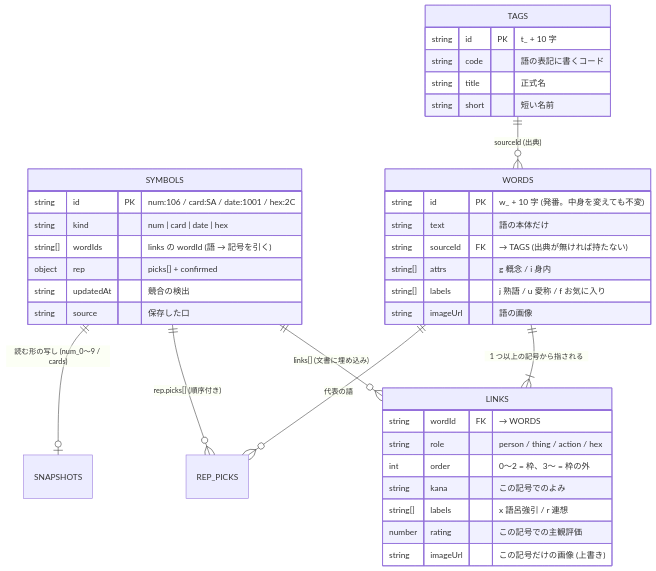
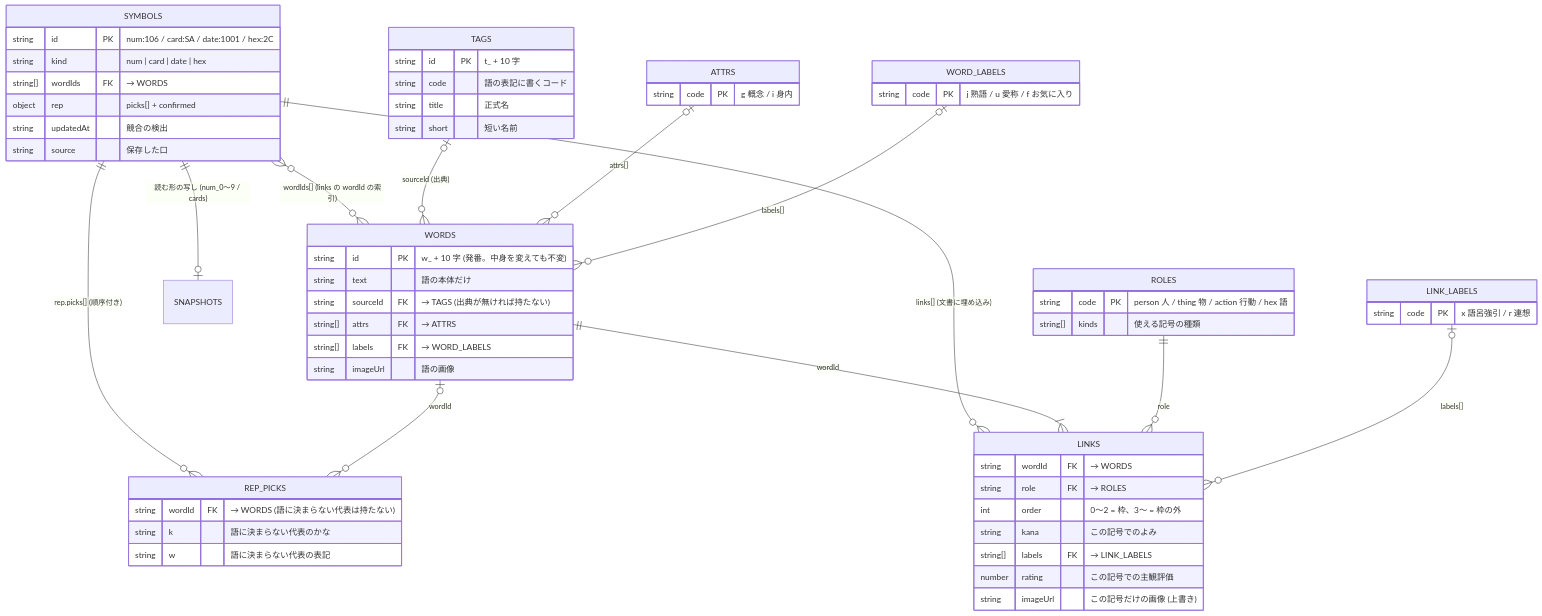
One commit to elzup/999 changed the diagram in docs/db-structure.md. Above: the diagram before and after it, drawn with Mermaid. The commit also changed other lines of this file, not shown here.

Commit message:
docs: DB 構造の ER 図に wordIds の参照と、区分・ラベル・属性のコード表を描く

Claude-Session: https://claude.ai/code/session_01BmWhT39zPg2H1Q5rbAC6sM

````diff
--- a/docs/db-structure.md
+++ b/docs/db-structure.md
@@ -15,41 +15,64 @@
 ```mermaid
 erDiagram
     SYMBOLS ||--o{ LINKS : "links[] (文書に埋め込み)"
-    WORDS ||--|{ LINKS : "1 つ以上の記号から指される"
-    TAGS ||--o{ WORDS : "sourceId (出典)"
+    WORDS ||--|{ LINKS : "wordId"
+    SYMBOLS }o--o{ WORDS : "wordIds[] (links の wordId の索引)"
+    TAGS |o--o{ WORDS : "sourceId (出典)"
     SYMBOLS ||--o{ REP_PICKS : "rep.picks[] (順序付き)"
-    WORDS ||--o{ REP_PICKS : "代表の語"
+    WORDS |o--o{ REP_PICKS : "wordId"
     SYMBOLS ||--o| SNAPSHOTS : "読む形の写し (num_0〜9 / cards)"
+    ROLES ||--o{ LINKS : "role"
+    LINK_LABELS |o--o{ LINKS : "labels[]"
+    ATTRS |o--o{ WORDS : "attrs[]"
+    WORD_LABELS |o--o{ WORDS : "labels[]"
 
     SYMBOLS {
         string id PK "num:106 / card:SA / date:1001 / hex:2C"
         string kind "num | card | date | hex"
-        string[] wordIds "links の wordId (語 → 記号を引く)"
+        string[] wordIds FK "→ WORDS"
         object rep "picks[] + confirmed"
         string updatedAt "競合の検出"
         string source "保存した口"
     }
     LINKS {
         string wordId FK "→ WORDS"
-        string role "person / thing / action / hex"
+        string role FK "→ ROLES"
         int order "0〜2 = 枠、3〜 = 枠の外"
         string kana "この記号でのよみ"
-        string[] labels "x 語呂強引 / r 連想"
+        string[] labels FK "→ LINK_LABELS"
         number rating "この記号での主観評価"
         string imageUrl "この記号だけの画像 (上書き)"
+    }
+    REP_PICKS {
+        string wordId FK "→ WORDS (語に決まらない代表は持たない)"
+        string k "語に決まらない代表のかな"
+        string w "語に決まらない代表の表記"
     }
     WORDS {
         string id PK "w_ + 10 字 (発番。中身を変えても不変)"
         string text "語の本体だけ"
         string sourceId FK "→ TAGS (出典が無ければ持たない)"
-        string[] attrs "g 概念 / i 身内"
-        string[] labels "j 熟語 / u 愛称 / f お気に入り"
+        string[] attrs FK "→ ATTRS"
+        string[] labels FK "→ WORD_LABELS"
         string imageUrl "語の画像"
     }
     TAGS {
         string id PK "t_ + 10 字"
         string code "語の表記に書くコード"
         string title "正式名"
         string short "短い名前"
     }
+    ROLES {
+        string code PK "person 人 / thing 物 / action 行動 / hex 語"
+        string[] kinds "使える記号の種類"
+    }
+    LINK_LABELS {
+        string code PK "x 語呂強引 / r 連想"
+    }
+    ATTRS {
+        string code PK "g 概念 / i 身内"
+    }
+    WORD_LABELS {
+        string code PK "j 熟語 / u 愛称 / f お気に入り"
+    }
 ```
````
